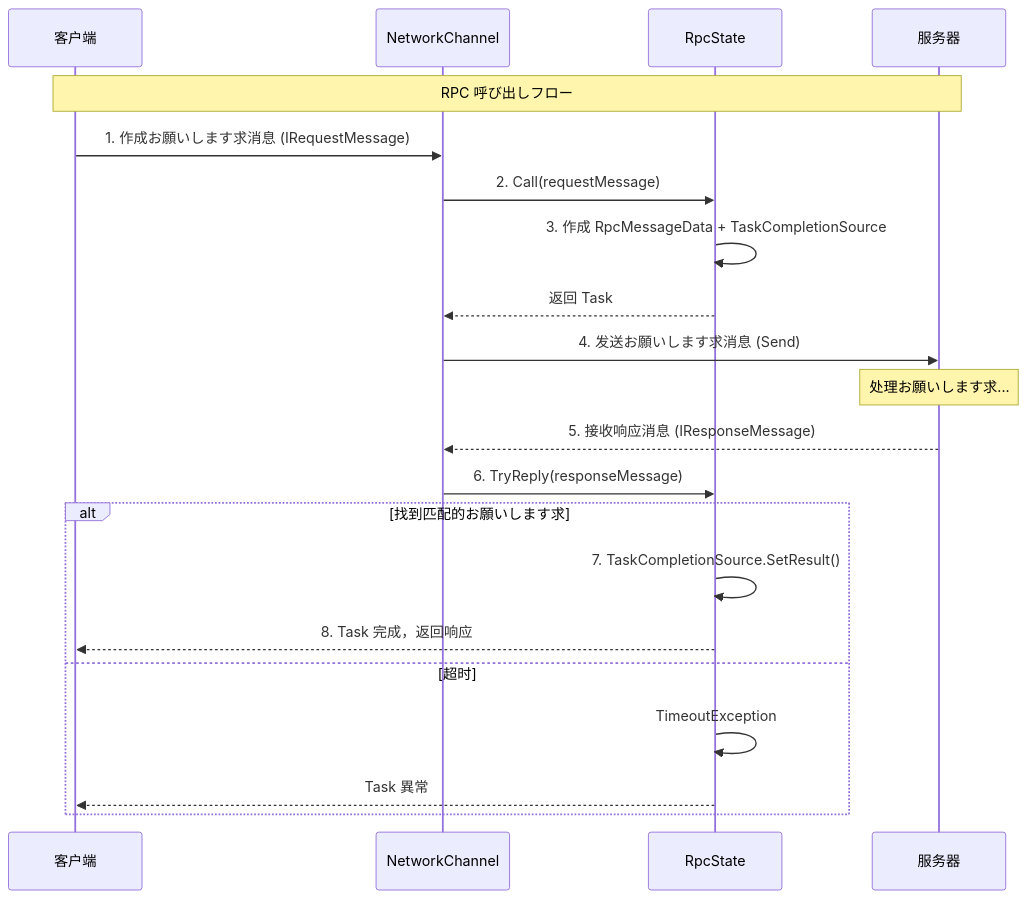
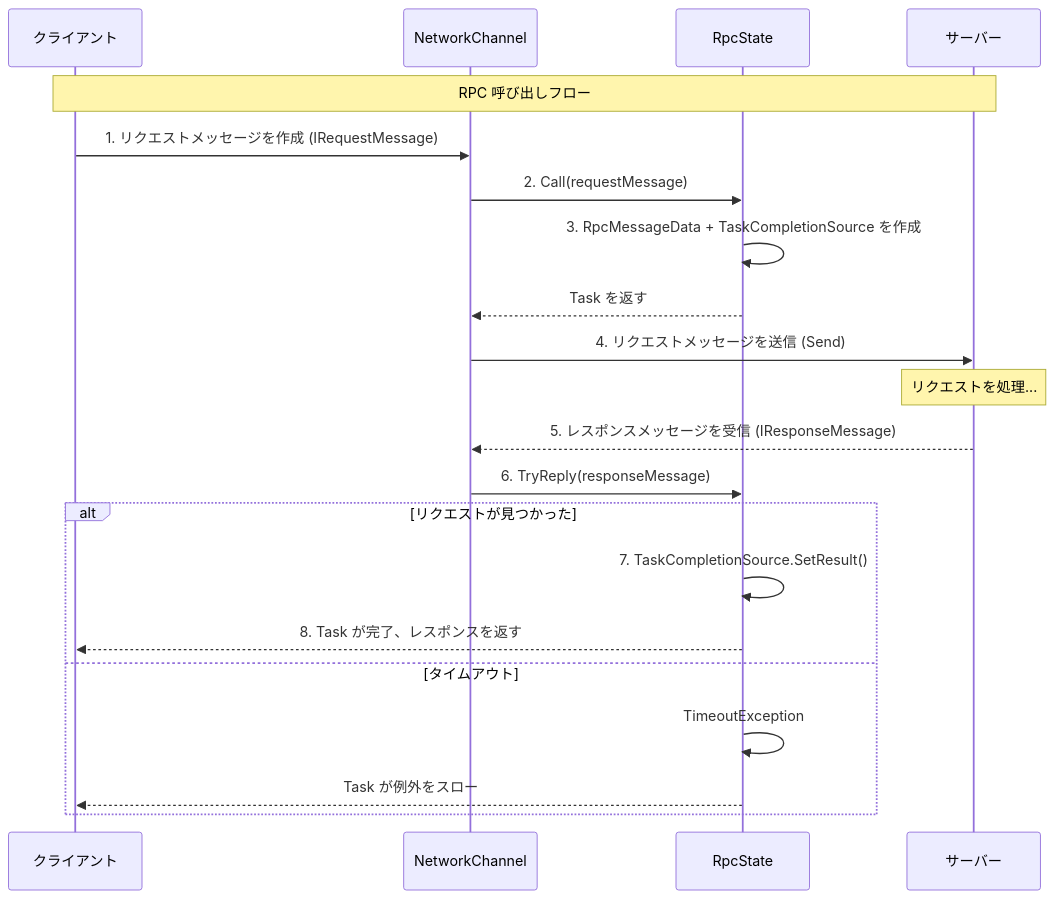
Before and after one commit to AlianBlank/GameFrameX.Docs: the third of 3 diagrams in docs/ja/client/unity/component/network/11.rpc.md, drawn with Mermaid. The commit also changed other lines of this file and 320 other files, not shown here.

````diff
--- a/docs/ja/client/unity/component/network/11.rpc.md
+++ b/docs/ja/client/unity/component/network/11.rpc.md
@@ -204,28 +204,28 @@
 ```mermaid
 sequenceDiagram
-    participant Client as 客户端
+    participant Client as クライアント
     participant Channel as NetworkChannel
     participant RpcState as RpcState
-    participant Server as 服务器
+    participant Server as サーバー
 
     Note over Client,Server: RPC 呼び出しフロー
 
-    Client->>Channel: 1. 作成お願いします求消息 (IRequestMessage)
+    Client->>Channel: 1. リクエストメッセージを作成 (IRequestMessage)
     Channel->>RpcState: 2. Call(requestMessage)
-    RpcState->>RpcState: 3. 作成 RpcMessageData + TaskCompletionSource
-    RpcState-->>Channel: 返回 Task
-    Channel->>Server: 4. 发送お願いします求消息 (Send)
+    RpcState->>RpcState: 3. RpcMessageData + TaskCompletionSource を作成
+    RpcState-->>Channel: Task を返す
+    Channel->>Server: 4. リクエストメッセージを送信 (Send)
     
-    Note over Server: 处理お願いします求...
+    Note over Server: リクエストを処理...
     
-    Server-->>Channel: 5. 接收响应消息 (IResponseMessage)
+    Server-->>Channel: 5. レスポンスメッセージを受信 (IResponseMessage)
     Channel->>RpcState: 6. TryReply(responseMessage)
     
-    alt 找到匹配的お願いします求
+    alt リクエストが見つかった
         RpcState->>RpcState: 7. TaskCompletionSource.SetResult()
-        RpcState-->>Client: 8. Task 完成，返回响应
-    else 超时
+        RpcState-->>Client: 8. Task が完了、レスポンスを返す
+    else タイムアウト
         RpcState->>RpcState: TimeoutException
-        RpcState-->>Client: Task 異常
+        RpcState-->>Client: Task が例外をスロー
     end
 ```
````
